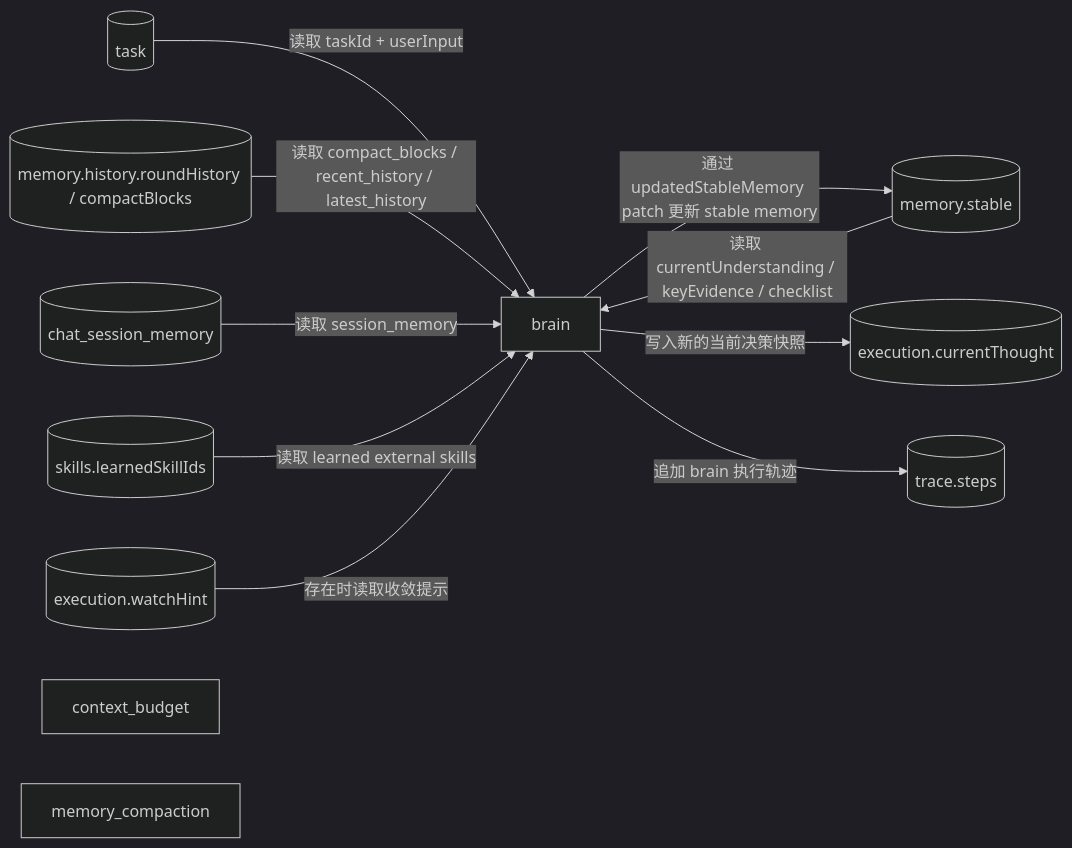
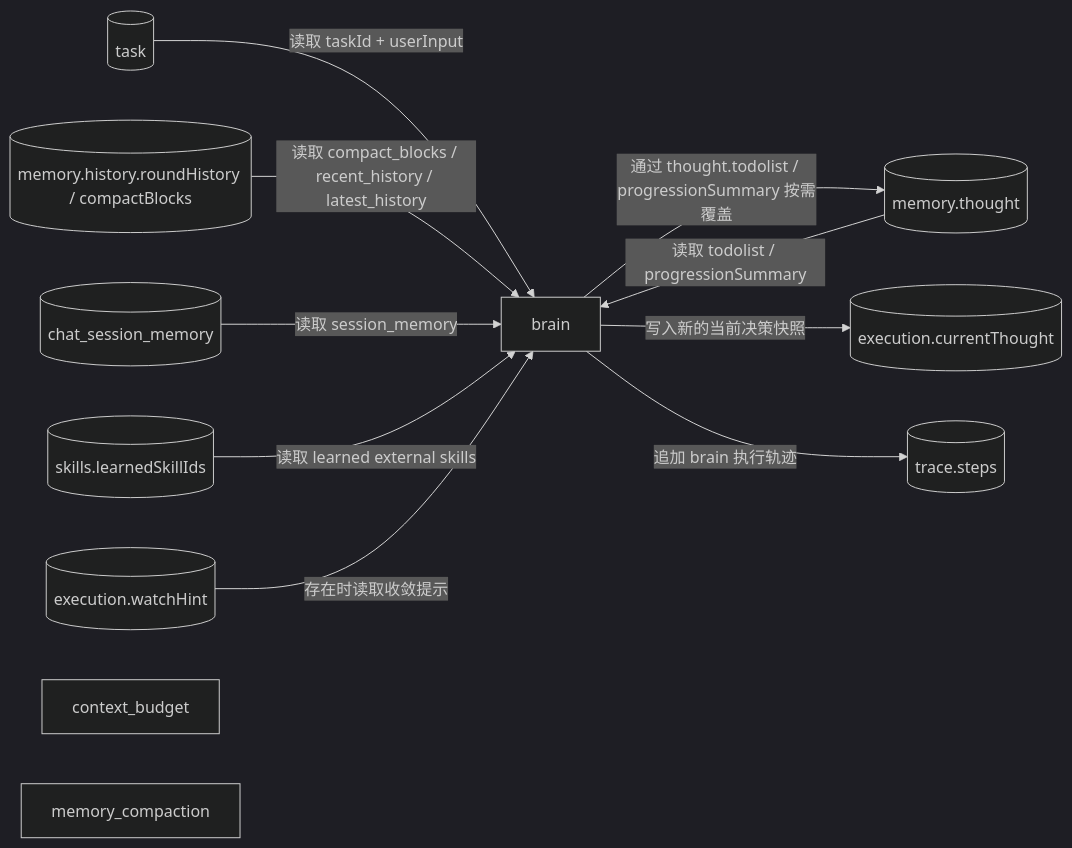
The second of 5 diagrams in doc/ai-design/data-definition-and-flow.md (Yoan98/Ncurator), drawn with Mermaid (dark theme) before and after one commit. The commit also changed other lines of this file and 48 other files, not shown here.

First line of the commit message:
Refactor thought memory handling and update related tests

````diff
--- a/doc/ai-design/data-definition-and-flow.md
+++ b/doc/ai-design/data-definition-and-flow.md
@@ -1094,24 +1091,24 @@
 ```mermaid
 flowchart LR
     T[("task")]
-    SM[("memory.stable")]
+    TM[("memory.thought")]
     HM[("memory.history.roundHistory / compactBlocks")]
     CM[("chat_session_memory")]
     SK[("skills.learnedSkillIds")]
     WH[("execution.watchHint")]
     CB["context_budget"]
     MC["memory_compaction"]
     B["brain"]
     CD[("execution.currentThought")]
     TR[("trace.steps")]
 
     T -->|读取 taskId + userInput| B
-    SM -->|读取 currentUnderstanding / keyEvidence / checklist| B
+    TM -->|读取 todolist / progressionSummary| B
     HM -->|读取 compact_blocks / recent_history / latest_history| B
     CM -->|读取 session_memory| B
     SK -->|读取 learned external skills| B
     WH -->|存在时读取收敛提示| B
-    B -->|通过 updatedStableMemory patch 更新 stable memory| SM
+    B -->|通过 thought.todolist / progressionSummary 按需覆盖| TM
     B -->|写入新的当前决策快照| CD
     B -->|追加 brain 执行轨迹| TR
 ```
````
